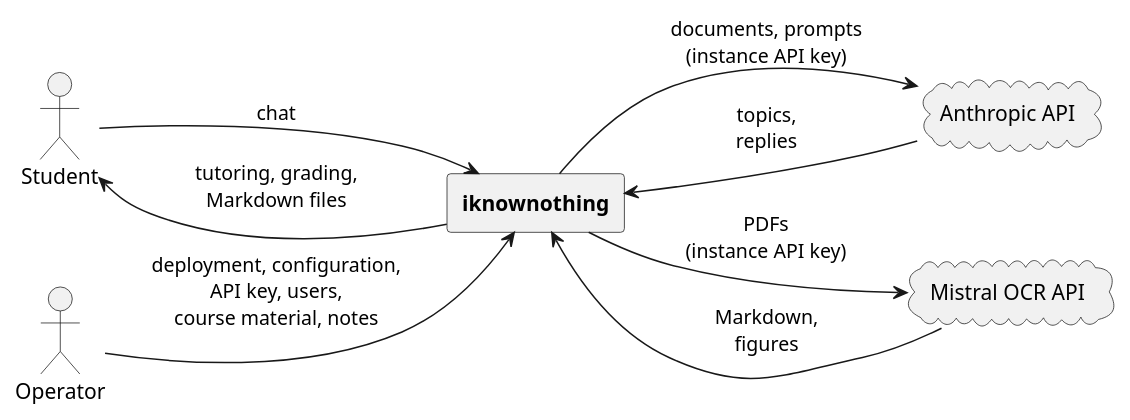
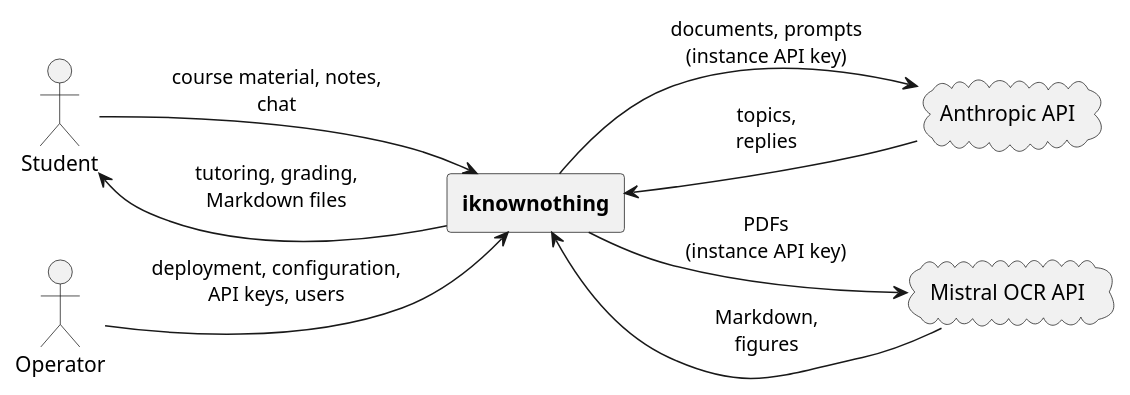
Before and after one commit to leon-hrk/iknownothing: the diagram in docs/arc42/diagrams/business-context.puml, drawn with PlantUML. The commit also changed 30 other files, not shown here.

```diff
--- a/docs/arc42/diagrams/business-context.puml
+++ b/docs/arc42/diagrams/business-context.puml
@@ -1,19 +1,19 @@
 @startuml
 left to right direction
 skinparam shadowing false
 skinparam defaultTextAlignment center
 
 actor "Student" as student
 actor "Operator" as operator
 rectangle "**iknownothing**" as system
 cloud "Anthropic API" as ai
 cloud "Mistral OCR API" as ocr
 
-student --> system : chat
+student --> system : course material, notes,\nchat
 system --> student : tutoring, grading,\nMarkdown files
-operator --> system : deployment, configuration,\nAPI key, users,\ncourse material, notes
+operator --> system : deployment, configuration,\nAPI keys, users
 system --> ai : documents, prompts\n(instance API key)
 ai --> system : topics,\nreplies
 system --> ocr : PDFs\n(instance API key)
 ocr --> system : Markdown,\nfigures
 @enduml
```
